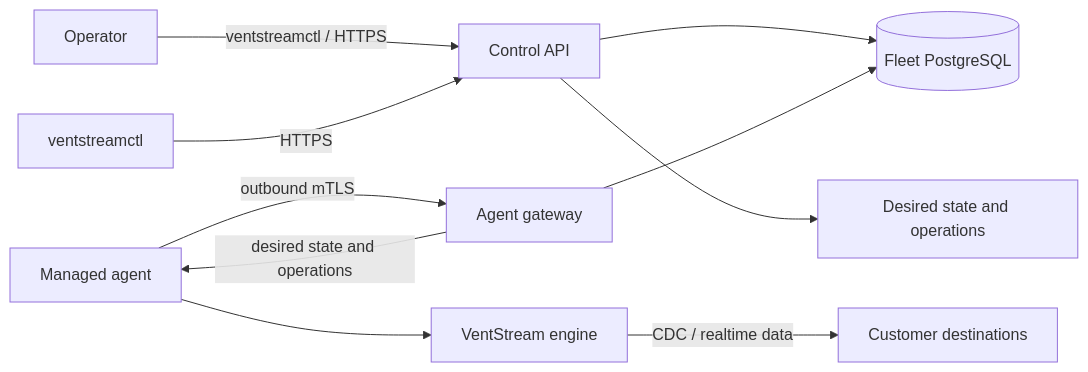
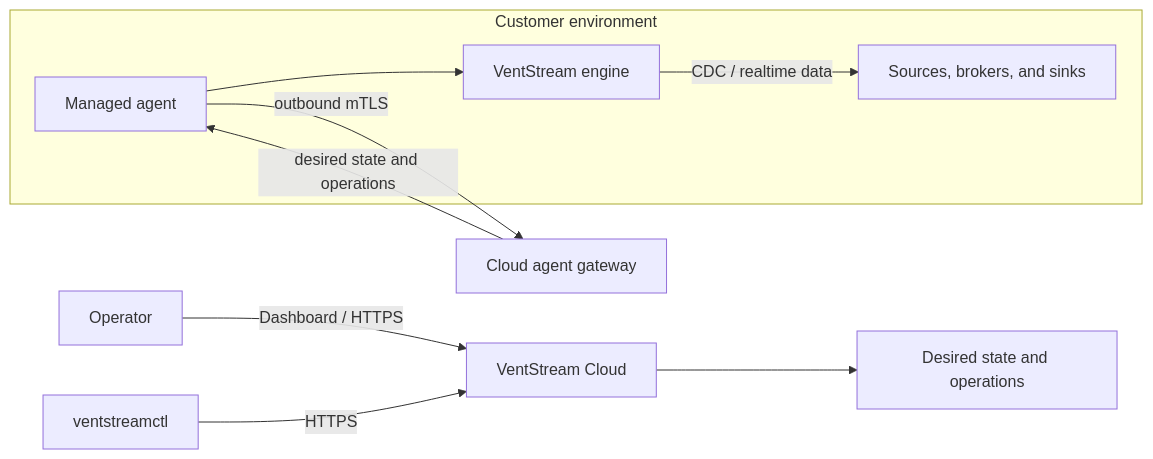
Before and after one commit to ventstream/ventstream: the diagram in docs-site/fleet/overview.mdx, drawn with Mermaid. The commit also changed other lines of this file and 44 other files, not shown here.

````diff
--- a/docs-site/fleet/overview.mdx
+++ b/docs-site/fleet/overview.mdx
@@ -15,12 +16,15 @@
 ```mermaid
 flowchart LR
-  O[Operator] -->|ventstreamctl / HTTPS| API[Control API]
+  O[Operator] -->|Dashboard / HTTPS| API[VentStream Cloud]
   CLI[ventstreamctl] -->|HTTPS| API
-  API --> DB[(Fleet PostgreSQL)]
   API --> OP[Desired state and operations]
-  A[Managed agent] -->|outbound mTLS| G[Agent gateway]
-  G --> DB
+  subgraph Customer environment
+    A[Managed agent]
+    E[VentStream engine]
+    D[Sources, brokers, and sinks]
+  end
+  A -->|outbound mTLS| G[Cloud agent gateway]
   G -->|desired state and operations| A
-  A --> E[VentStream engine]
-  E -->|CDC / realtime data| D[Customer destinations]
+  A --> E
+  E -->|CDC / realtime data| D
 ```
````
